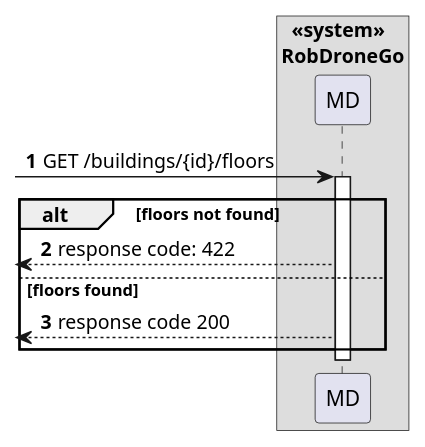
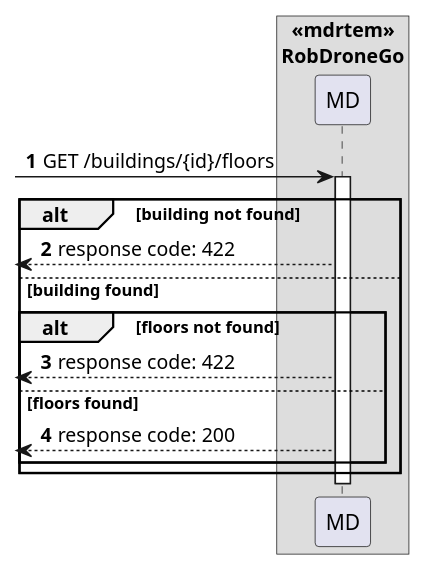
One commit to Departamento-de-Engenharia-Informatica/lapr5-23-24-g19 changed the diagram in docs/us210/level2/process-view.puml. Above: the diagram before and after it, drawn with PlantUML.

Commit message:
docs(us210): updated level2 process view

```diff
--- a/docs/us210/level2/process-view.puml
+++ b/docs/us210/level2/process-view.puml
@@ -1,18 +1,21 @@
 @startuml
 autonumber
 
-box "  <<system>>\nRobDroneGo"
+box "  <<mdrtem>>\nRobDroneGo"
 participant "MD" as mdr
 
-    [-> mdr: GET /buildings/{id}/floors
+[-> mdr: GET /buildings/{id}/floors
 
-    activate mdr
+activate mdr
+alt building not found
+    [<--mdr : response code: 422
+else building found
     alt floors not found
         [<--mdr : response code: 422
     else floors found
-        [<--mdr : response code 200
+        [<--mdr : response code: 200
     end
-    deactivate mdr
-
+end
+deactivate mdr
 
 @enduml
```
